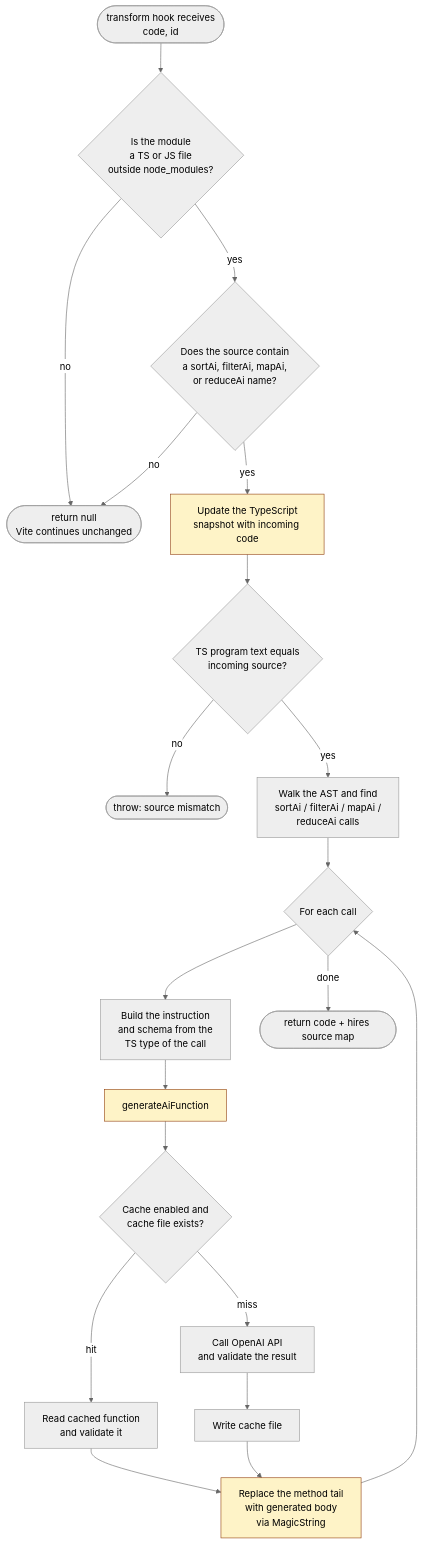
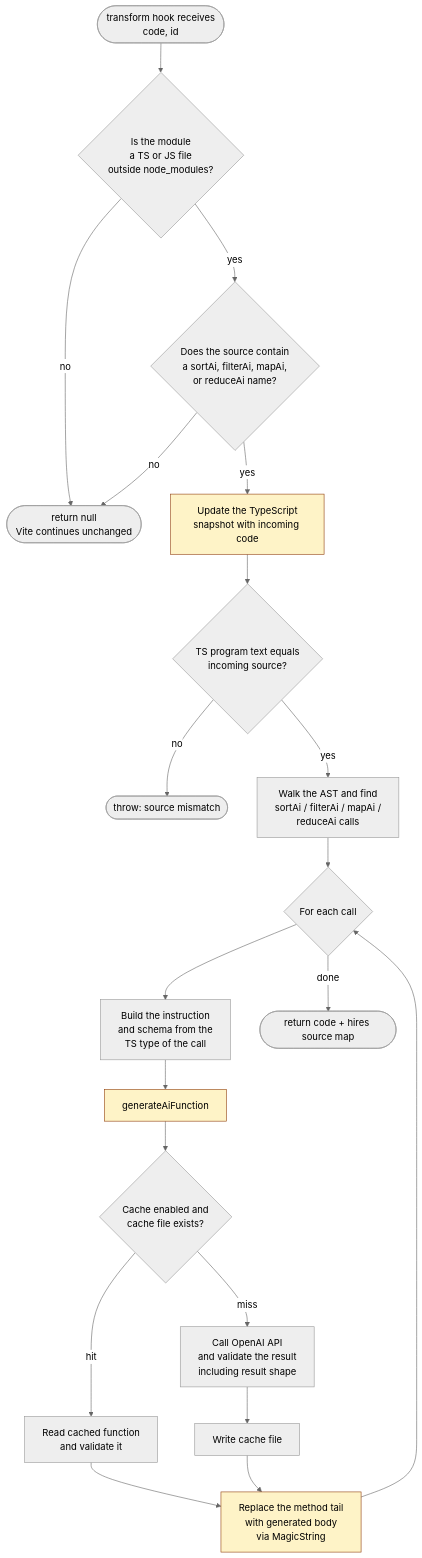
The second of 3 diagrams in packages/vite-plugin/docs/architecture.md (rand0mC0d3r/ai-lambda), drawn with Mermaid (neutral theme) before and after one commit. The commit also changed other lines of this file and 1 other file, not shown here.

Commit message:
docs: update architecture documentation to clarify AI configuration validation and result shape checks

````diff
--- a/packages/vite-plugin/docs/architecture.md
+++ b/packages/vite-plugin/docs/architecture.md
@@ -47,26 +47,26 @@
 ```mermaid
 flowchart TD
     T([transform hook receives<br/>code, id]) --> U{Is the module<br/>a TS or JS file<br/>outside node_modules?}
     U -->|no| P1([return null<br/>Vite continues unchanged])
     U -->|yes| V{Does the source contain<br/>a sortAi, filterAi, mapAi,<br/>or reduceAi name?}
     V -->|no| P1
     V -->|yes| W[Update the TypeScript<br/>snapshot with incoming code]
     W --> X{TS program text equals<br/>incoming source?}
     X -->|no| ERR1([throw: source mismatch])
     X -->|yes| Y[Walk the AST and find<br/>sortAi / filterAi / mapAi /<br/>reduceAi calls]
     Y --> Z{For each call}
     Z --> AA[Build the instruction<br/>and schema from the<br/>TS type of the call]
     AA --> AB[generateAiFunction]
     AB --> AC{Cache enabled and<br/>cache file exists?}
     AC -->|hit| AD[Read cached function<br/>and validate it]
-    AC -->|miss| AE[Call OpenAI API<br/>and validate the result]
+    AC -->|miss| AE[Call OpenAI API<br/>and validate the result<br/>including result shape]
     AE --> AF[Write cache file]
     AD --> AG[Replace the method tail<br/>with generated body<br/>via MagicString]
     AF --> AG
     AG --> Z
     Z -->|done| AH([return code + hires source map])
 
     style W fill:#fef3c7,stroke:#92400e
     style AB fill:#fef3c7,stroke:#92400e
     style AG fill:#fef3c7,stroke:#92400e
 ```
````
